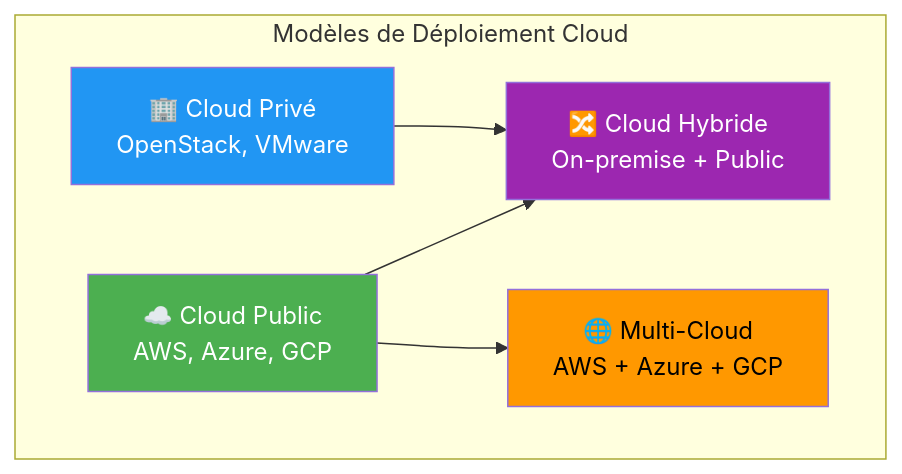
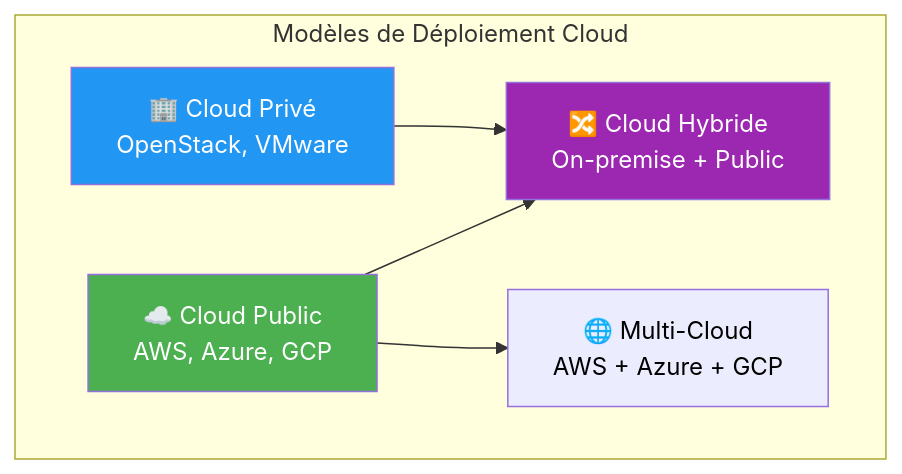
One commit to VBlackJack/ShellBook changed the eighth of 9 diagrams in docs/formations/cloud-fundamentals/01-module.md. Above: the diagram before and after it, drawn with Mermaid. The commit also changed other lines of this file and 337 other files, not shown here.

First line of the commit message:
refactor(docs): Standardize code blocks and Mermaid colors

````diff
--- a/docs/formations/cloud-fundamentals/01-module.md
+++ b/docs/formations/cloud-fundamentals/01-module.md
@@ -267,18 +267,18 @@
 ```mermaid
 graph TB
     subgraph "Modèles de Déploiement Cloud"
         PUBLIC["☁️ Cloud Public<br/>AWS, Azure, GCP"]
         PRIVATE["🏢 Cloud Privé<br/>OpenStack, VMware"]
         HYBRID["🔀 Cloud Hybride<br/>On-premise + Public"]
         MULTI["🌐 Multi-Cloud<br/>AWS + Azure + GCP"]
     end
 
     PRIVATE --> HYBRID
     PUBLIC --> HYBRID
     PUBLIC --> MULTI
 
     style PUBLIC fill:#4caf50,color:#fff
     style PRIVATE fill:#2196f3,color:#fff
     style HYBRID fill:#9c27b0,color:#fff
-    style MULTI fill:#ff9800,color:#000
+    style MULTI fill:#FF9800800800,color:#000
 ```
````
